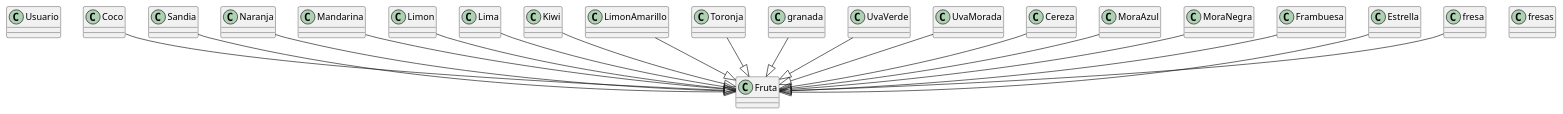
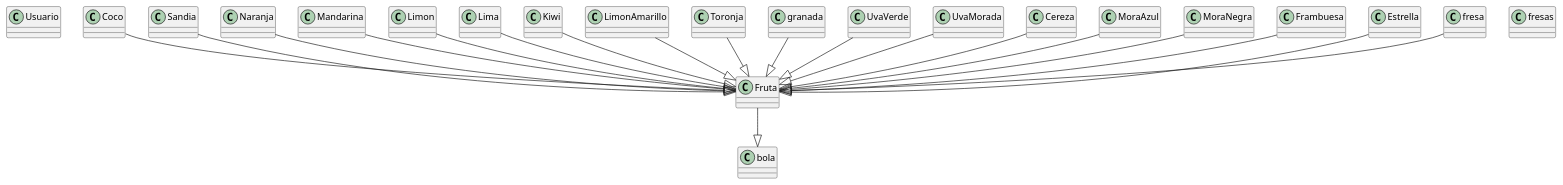
One commit to a25110276/-Fruit-Pool- changed the diagram in Diagrama.puml. Above: the diagram before and after it, drawn with PlantUML. The commit also changed 6 other files, not shown here.

```diff
--- a/Diagrama.puml
+++ b/Diagrama.puml
@@ -1,52 +1,55 @@
 @startuml Fruitpool
 
 class Usuario {
 
 }
+class bola 
+
 class Fruta {
 
 }
 
 class Coco
 class Sandia 
 
 class Naranja
 class Mandarina
 class Limon
 class Lima
 class Kiwi
 class LimonAmarillo
 class Toronja
 class granada
 
 class fresas
 class UvaVerde
 class UvaMorada
 class Cereza
 class MoraAzul
 class MoraNegra
 class Frambuesa
 class Estrella
 
 Coco --|> Fruta
 Sandia --|> Fruta
 Naranja --|> Fruta
 Mandarina --|> Fruta  
 Limon --|> Fruta
 Lima --|> Fruta
 Kiwi --|> Fruta
 LimonAmarillo --|> Fruta
 Toronja --|> Fruta
 granada --|> Fruta
 fresa --|> Fruta
 UvaVerde --|> Fruta
 UvaMorada --|> Fruta
 Cereza --|> Fruta
 MoraAzul --|> Fruta
 MoraNegra --|> Fruta
 Frambuesa --|> Fruta
 Estrella --|> Fruta
 
+Fruta --|> bola
 
 
 @enduml
```
